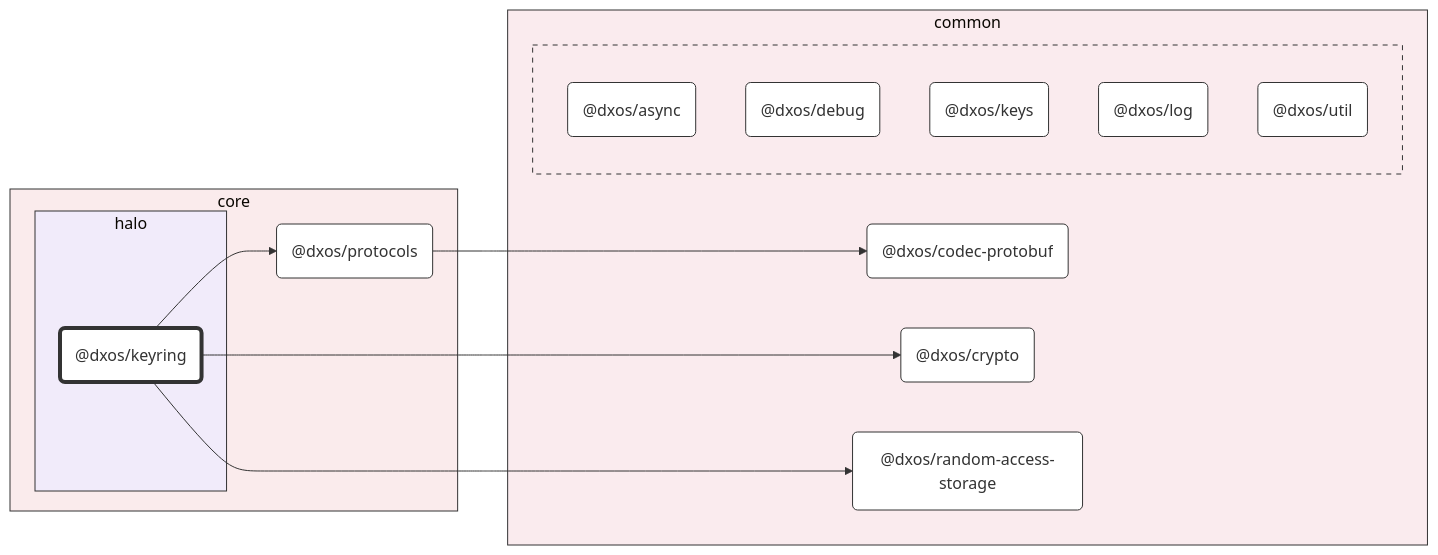
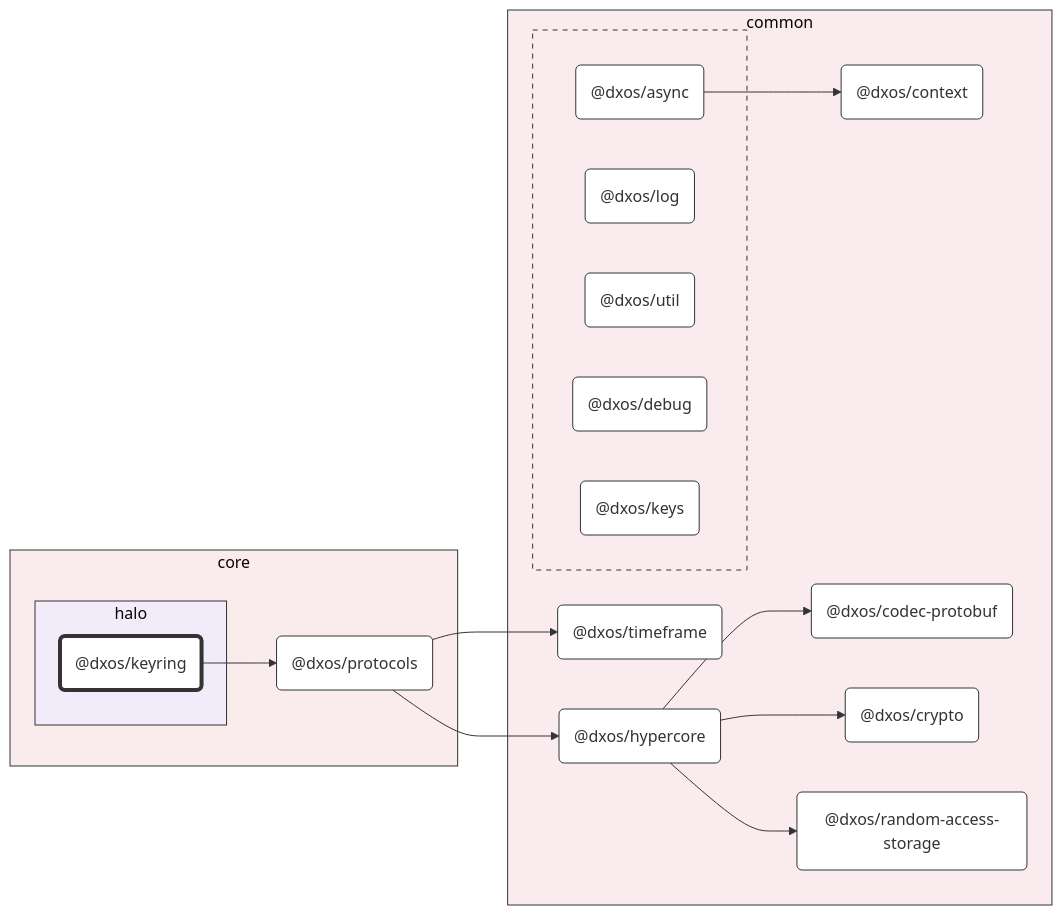
The diagram in packages/core/halo/keyring/docs/README.md (dxos/dxos), drawn with Mermaid (base theme) before and after one commit. The commit also changed other lines of this file and 95 other files, not shown here.

Commit message:
Class diagrams.

````diff
--- a/packages/core/halo/keyring/docs/README.md
+++ b/packages/core/halo/keyring/docs/README.md
@@ -7,54 +7,63 @@
 ```mermaid
 %%{ init: {'flowchart':{'curve':'basis'}} }%%
 
 flowchart LR
 
 %% Classes
 classDef def fill:#fff,stroke:#333,stroke-width:1px
 classDef root fill:#fff,stroke:#333,stroke-width:4px
 
 %% Nodes
 
 subgraph core [core]
   style core fill:#faebec,stroke:#333
   dxos/protocols("@dxos/protocols"):::def
   click dxos/protocols "dxos/dxos/tree/main/packages/core/protocols/docs"
 
   subgraph halo [halo]
     style halo fill:#f1ebfa,stroke:#333
     dxos/keyring("@dxos/keyring"):::root
     click dxos/keyring "dxos/dxos/tree/main/packages/core/halo/keyring/docs"
   end
 end
 
 subgraph common [common]
   style common fill:#faebee,stroke:#333
+  dxos/context("@dxos/context"):::def
+  click dxos/context "dxos/dxos/tree/main/packages/common/context/docs"
   dxos/codec-protobuf("@dxos/codec-protobuf"):::def
   click dxos/codec-protobuf "dxos/dxos/tree/main/packages/common/codec-protobuf/docs"
   dxos/crypto("@dxos/crypto"):::def
   click dxos/crypto "dxos/dxos/tree/main/packages/common/crypto/docs"
+  dxos/hypercore("@dxos/hypercore"):::def
+  click dxos/hypercore "dxos/dxos/tree/main/packages/common/hypercore/docs"
   dxos/random-access-storage("@dxos/random-access-storage"):::def
   click dxos/random-access-storage "dxos/dxos/tree/main/packages/common/random-access-storage/docs"
+  dxos/timeframe("@dxos/timeframe"):::def
+  click dxos/timeframe "dxos/dxos/tree/main/packages/common/timeframe/docs"
 
   subgraph _ [ ]
     style _ fill:#faebee,stroke:#333,stroke-dasharray:5 5
     dxos/async("@dxos/async"):::def
     click dxos/async "dxos/dxos/tree/main/packages/common/async/docs"
+    dxos/log("@dxos/log"):::def
+    click dxos/log "dxos/dxos/tree/main/packages/common/log/docs"
+    dxos/util("@dxos/util"):::def
+    click dxos/util "dxos/dxos/tree/main/packages/common/util/docs"
     dxos/debug("@dxos/debug"):::def
     click dxos/debug "dxos/dxos/tree/main/packages/common/debug/docs"
     dxos/keys("@dxos/keys"):::def
     click dxos/keys "dxos/dxos/tree/main/packages/common/keys/docs"
-    dxos/log("@dxos/log"):::def
-    click dxos/log "dxos/dxos/tree/main/packages/common/log/docs"
-    dxos/util("@dxos/util"):::def
-    click dxos/util "dxos/dxos/tree/main/packages/common/util/docs"
   end
 end
 
 %% Links
 linkStyle default stroke:#333,stroke-width:1px
-dxos/keyring --> dxos/crypto
+dxos/async --> dxos/context
 dxos/keyring --> dxos/protocols
-dxos/protocols --> dxos/codec-protobuf
-dxos/keyring --> dxos/random-access-storage
+dxos/protocols --> dxos/hypercore
+dxos/hypercore --> dxos/codec-protobuf
+dxos/hypercore --> dxos/crypto
+dxos/hypercore --> dxos/random-access-storage
+dxos/protocols --> dxos/timeframe
 ```
````
